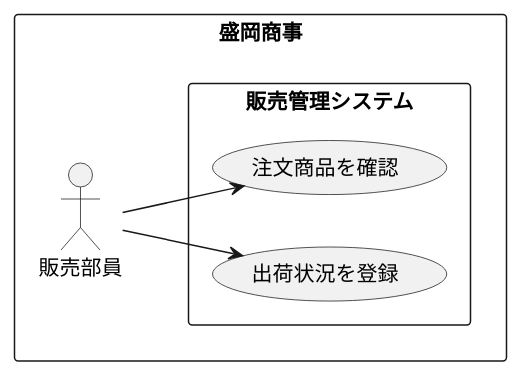
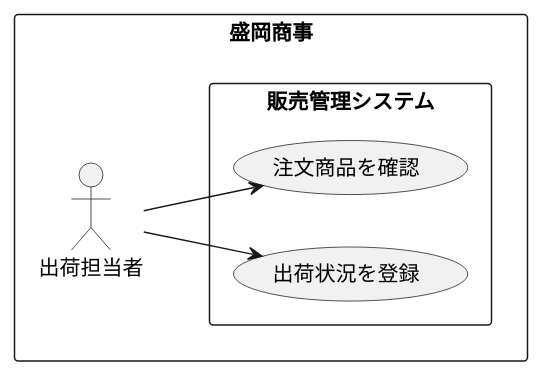
The diagram in 演習2-5_盛岡商事_販売管理システム.pu (eumura123/uml-introduction), drawn with PlantUML before and after one commit.

Commit message:
演習2-5

```diff
--- a/演習2-5_盛岡商事_販売管理システム.pu
+++ b/演習2-5_盛岡商事_販売管理システム.pu
@@ -1,12 +1,12 @@
 @startuml ユースケース図
 left to right direction
 rectangle 盛岡商事{
-actor 販売部員
+actor 出荷担当者
 rectangle 販売管理システム{
 usecase 注文商品を確認
 usecase 出荷状況を登録
 }
 }
-販売部員 --> 注文商品を確認
-販売部員 --> 出荷状況を登録
+出荷担当者 --> 注文商品を確認
+出荷担当者 --> 出荷状況を登録
 @enduml
```
